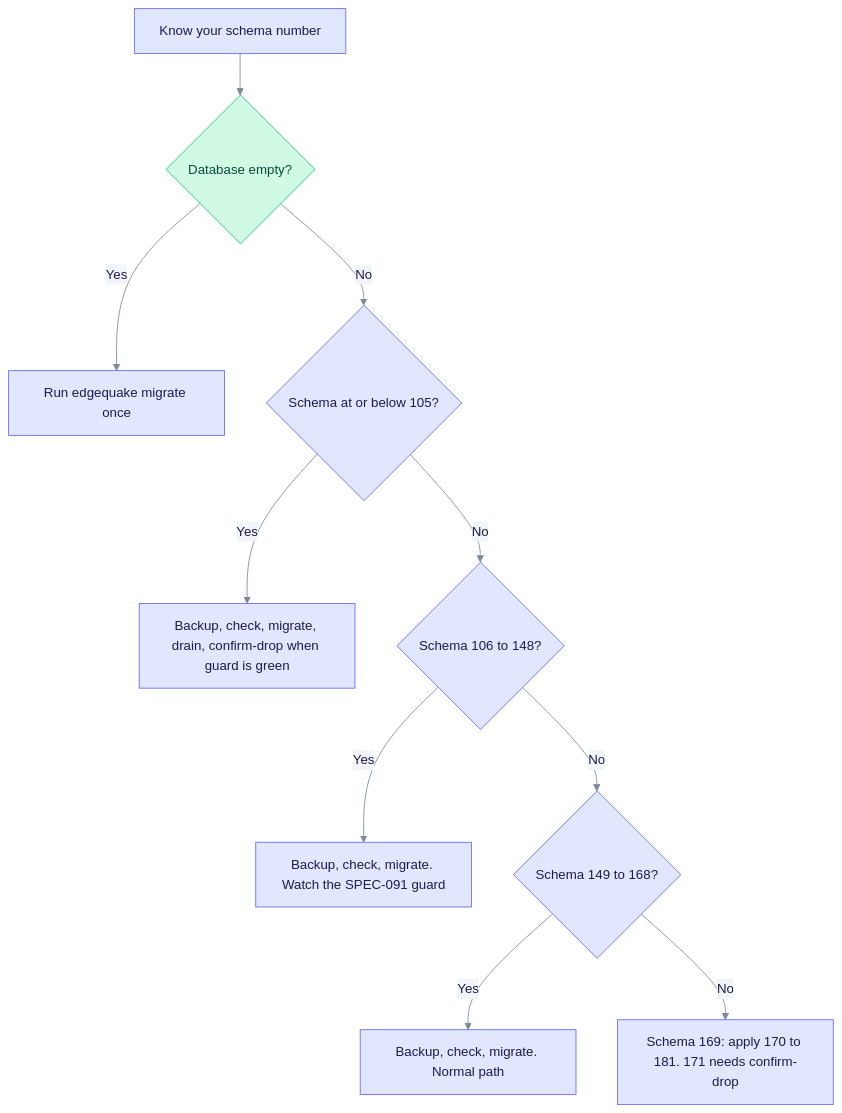
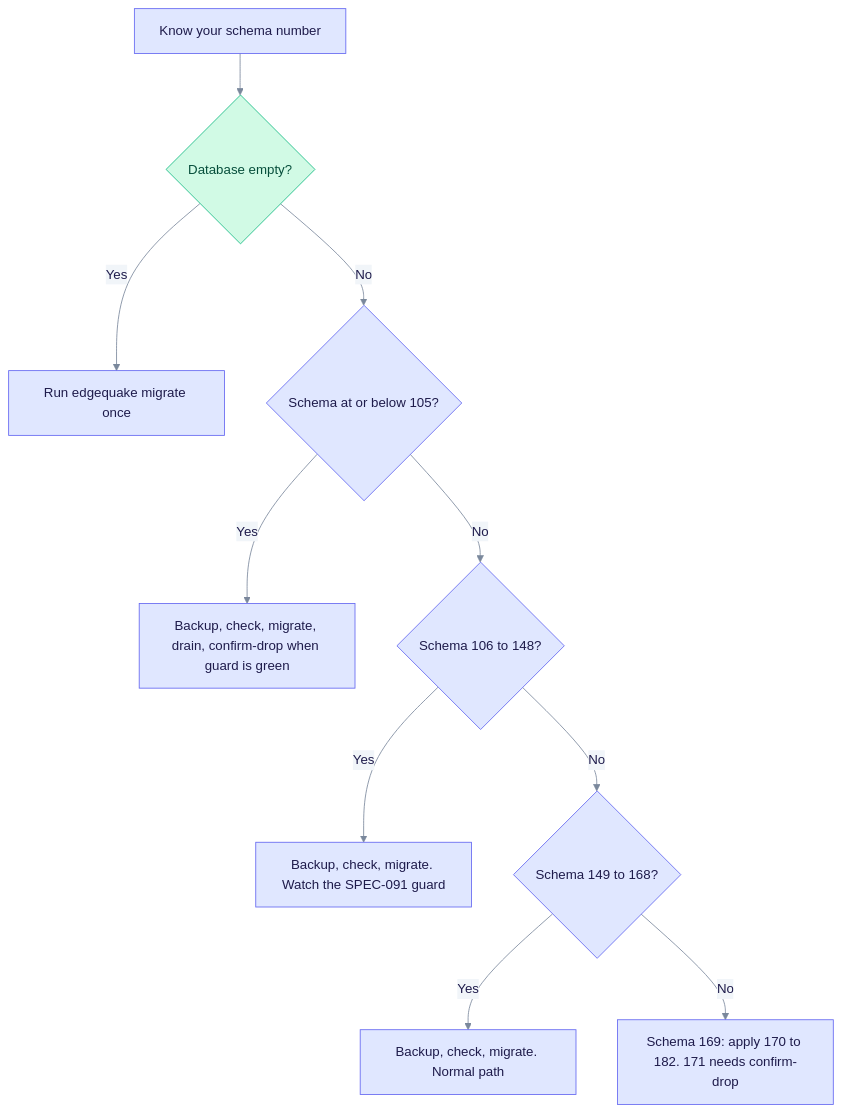
One commit to YatchiYa/edgequake changed the first of 3 diagrams in docs/operations/upgrading.md. Above: the diagram before and after it, drawn with Mermaid. The commit also changed other lines of this file and 9 other files, not shown here.

````diff
--- a/docs/operations/upgrading.md
+++ b/docs/operations/upgrading.md
@@ -24,17 +24,17 @@
 ```mermaid
 %%{init: {"theme":"base","themeVariables":{"primaryColor":"#E0E7FF","primaryBorderColor":"#6366F1","primaryTextColor":"#1E1B4B","secondaryColor":"#D1FAE5","secondaryBorderColor":"#10B981","secondaryTextColor":"#064E3B","tertiaryColor":"#FEF3C7","tertiaryBorderColor":"#F59E0B","tertiaryTextColor":"#6B7A90","lineColor":"#7A889C","clusterBkg":"rgba(99,102,241,0.07)","clusterBorder":"#A5B4FC","noteBkgColor":"#FEF9C3","noteTextColor":"#422006","textColor":"#6B7A90","titleColor":"#6B7A90","signalColor":"#7A889C","signalTextColor":"#6B7A90","loopTextColor":"#6B7A90","edgeLabelBackground":"#F1F5F9","actorLineColor":"#94A3B8"}}}%%
 %% eq-theme:v1
 flowchart TD
   A["Know your schema number"] --> B{"Database empty?"}
   B -->|Yes| C["Run edgequake migrate once"]
   B -->|No| D{"Schema at or below 105?"}
   D -->|Yes| E["Backup, check, migrate, drain, confirm-drop when guard is green"]
   D -->|No| F{"Schema 106 to 148?"}
   F -->|Yes| G["Backup, check, migrate. Watch the SPEC-091 guard"]
   F -->|No| H{"Schema 149 to 168?"}
   H -->|Yes| I["Backup, check, migrate. Normal path"]
-  H -->|No| J["Schema 169: apply 170 to 181. 171 needs confirm-drop"]
+  H -->|No| J["Schema 169: apply 170 to 182. 171 needs confirm-drop"]
 %% eq-classes
 classDef eqStore fill:#D1FAE5,stroke:#10B981,color:#064E3B
 class B eqStore
 ```
````
